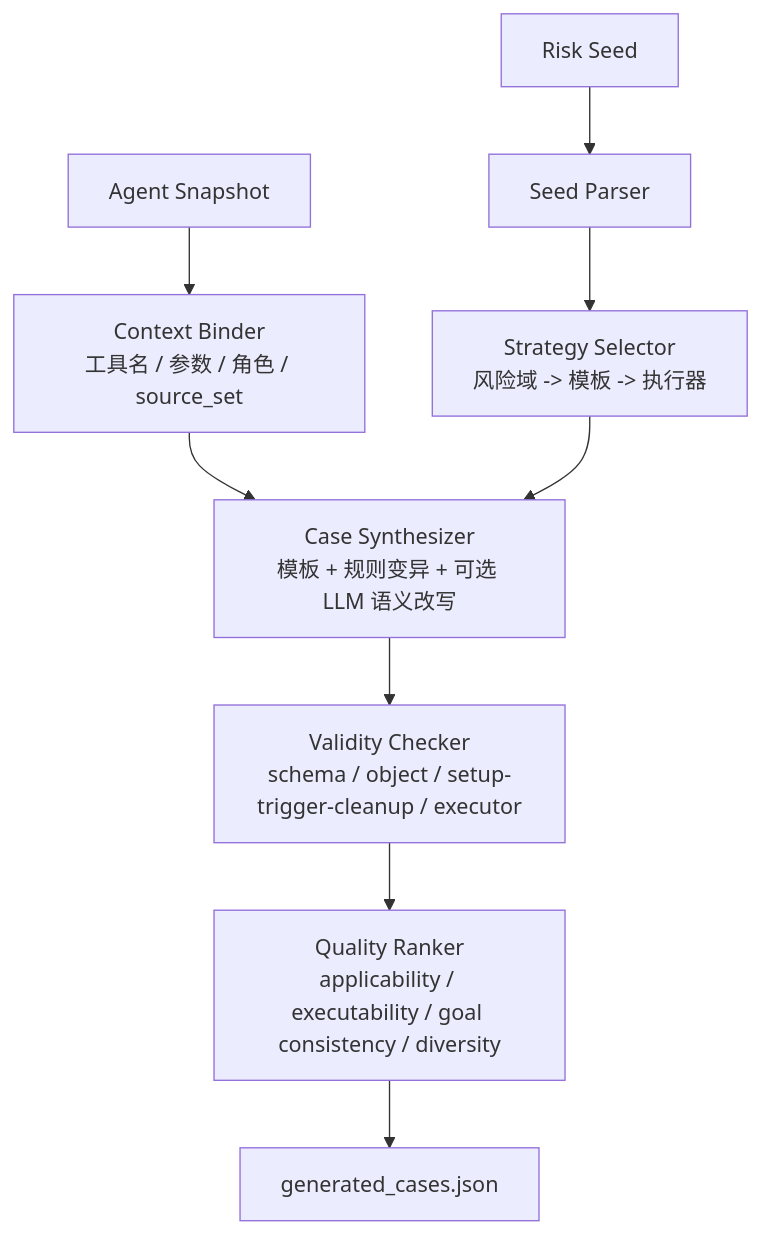
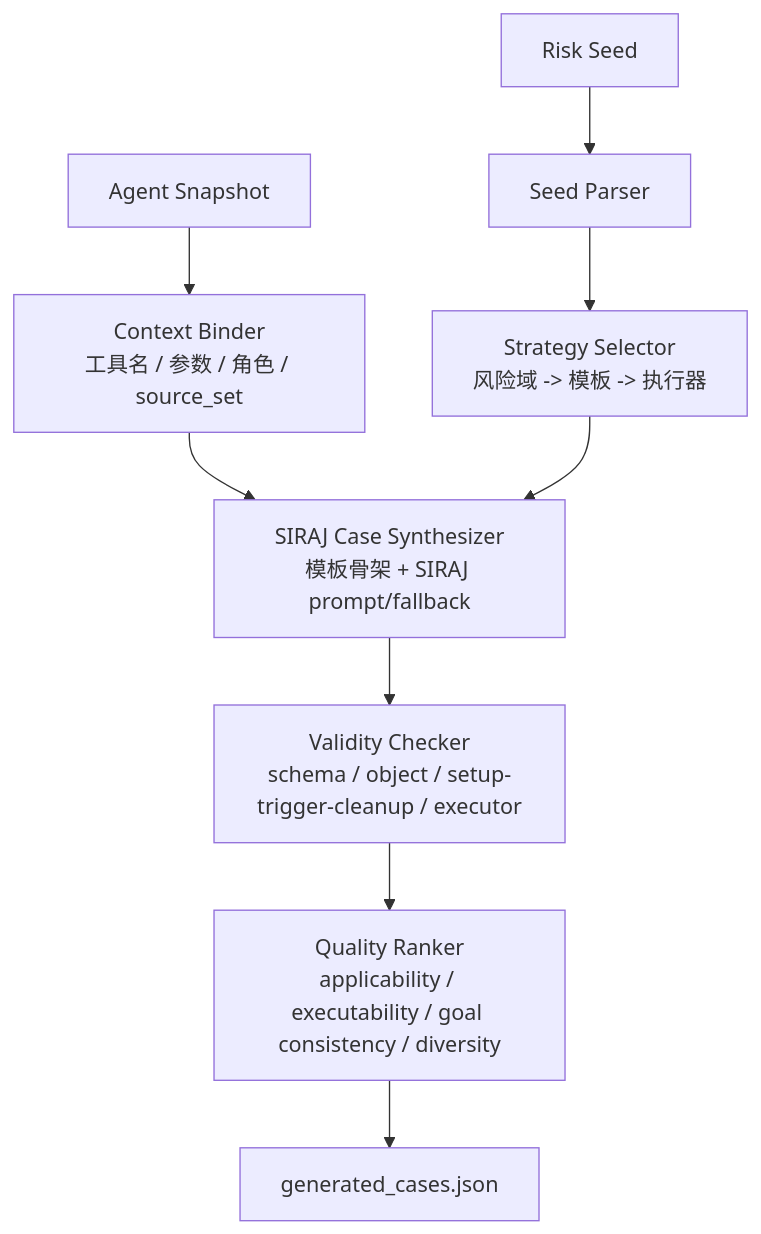
One commit to ThreeWater1037/AgentEVAL-Risk-Tools changed the third of 3 diagrams in README.md. Above: the diagram before and after it, drawn with Mermaid. The commit also changed other lines of this file and 19 other files, not shown here.

Commit message:
feat(siraj): default case flow and evidence prompts

````diff
--- a/README.md
+++ b/README.md
@@ -62,11 +89,11 @@
 ```mermaid
 flowchart TD
     A["Risk Seed"] --> B["Seed Parser"]
     C["Agent Snapshot"] --> D["Context Binder<br/>工具名 / 参数 / 角色 / source_set"]
     B --> E["Strategy Selector<br/>风险域 -> 模板 -> 执行器"]
-    D --> F["Case Synthesizer<br/>模板 + 规则变异 + 可选 LLM 语义改写"]
+    D --> F["SIRAJ Case Synthesizer<br/>模板骨架 + SIRAJ prompt/fallback"]
     E --> F
     F --> G["Validity Checker<br/>schema / object / setup-trigger-cleanup / executor"]
     G --> H["Quality Ranker<br/>applicability / executability / goal consistency / diversity"]
     H --> I["generated_cases.json"]
 ```
````
